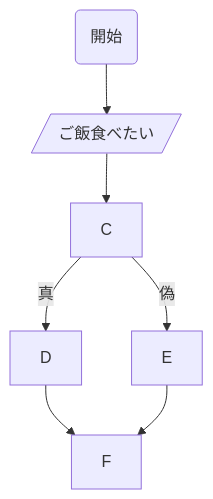
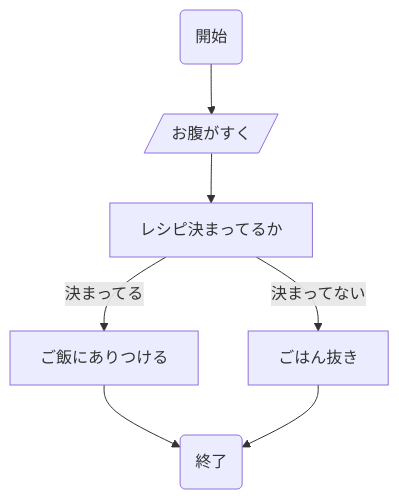
The first of 3 diagrams in README.md (tpu-game-2023/mermaid_test), drawn with Mermaid before and after one commit.

Commit message:
修正

````diff
--- a/README.md
+++ b/README.md
@@ -20,10 +20,10 @@
 ```mermaid
 flowchart TD;
-  A(開始) --> B[/ご飯食べたい/];
-  B --> C;
-  C -- 真 --> D;
-  C -- 偽 --> E;
-  D --> F;
+  A(開始) --> B[/お腹がすく/];
+  B --> C[レシピ決まってるか];
+  C -- 決まってる --> D[ご飯にありつける];
+  C -- 決まってない --> E[ごはん抜き];
+  D --> F(終了);
   E --> F; 
 
 ```
````
